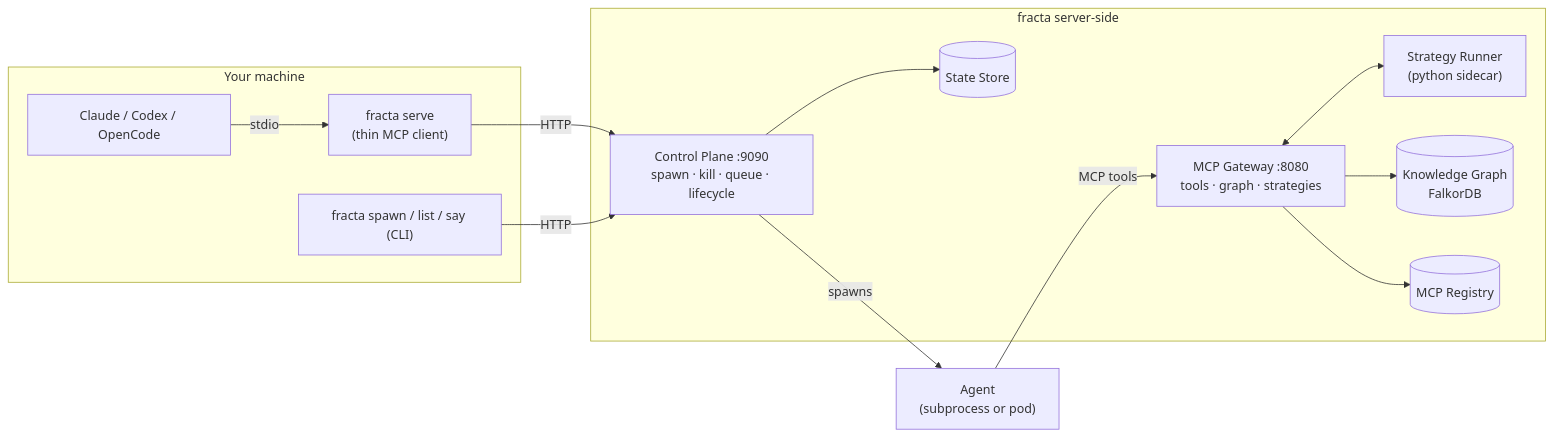
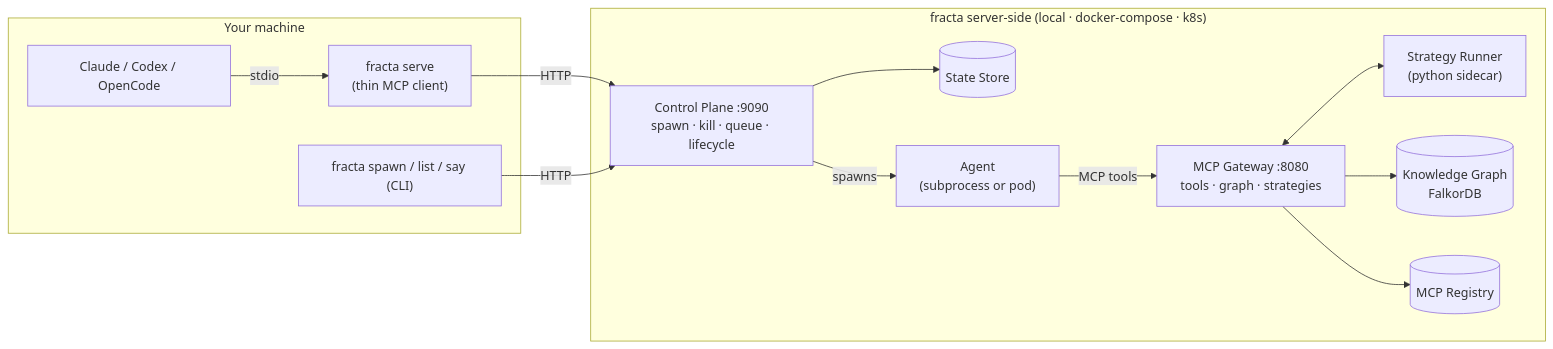
Before and after one commit to darkquasar/fracta: the diagram in README.md, drawn with Mermaid. The commit also changed other lines of this file and 19 other files, not shown here.

````diff
--- a/README.md
+++ b/README.md
@@ -9,27 +13,28 @@
 ```mermaid
 flowchart LR
     subgraph user["Your machine"]
         CLI["Claude / Codex / OpenCode"]
         SERVE["fracta serve<br/>(thin MCP client)"]
         SPAWN["fracta spawn / list / say (CLI)"]
         CLI -->|stdio| SERVE
     end
 
-    subgraph server["fracta server-side"]
+    subgraph server["fracta server-side (local · docker-compose · k8s)"]
         CP["Control Plane :9090<br/>spawn · kill · queue · lifecycle"]
         GW["MCP Gateway :8080<br/>tools · graph · strategies"]
         SR["Strategy Runner<br/>(python sidecar)"]
         SS[("State Store")]
         KG[("Knowledge Graph<br/>FalkorDB")]
         REG[("MCP Registry")]
+        AGENT["Agent<br/>(subprocess or pod)"]
         CP --> SS
         GW --> KG
         GW --> REG
         GW <--> SR
+        CP -->|spawns| AGENT
+        AGENT -->|MCP tools| GW
     end
 
     SERVE -->|HTTP| CP
     SPAWN -->|HTTP| CP
-    CP -->|spawns| AGENT["Agent<br/>(subprocess or pod)"]
-    AGENT -->|MCP tools| GW
 ```
````
